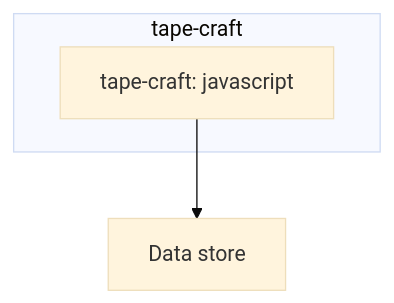
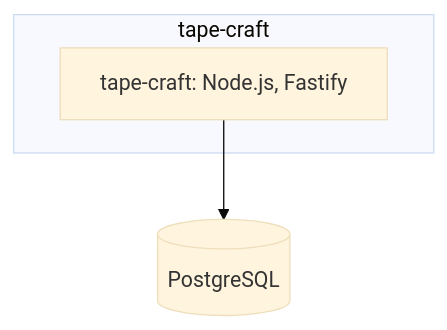
The second of 2 diagrams in README.md (robert-nagy/tape-craft), drawn with Mermaid (base theme) before and after one commit. The commit also changed other lines of this file, not shown here.

````diff
--- a/README.md
+++ b/README.md
@@ -72,8 +130,8 @@
 ```mermaid
 flowchart TB
   subgraph system["tape-craft"]
-  c0["tape-craft: javascript"]
+  c0["tape-craft: Node.js, Fastify"]
   end
-  store["Data store"]
+  store[("PostgreSQL")]
   c0 --> store
 ```
````
